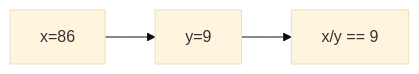
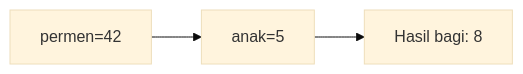
Before and after one commit to amnahwaida/OSNK_INF_PREP: the tenth of 25 diagrams in part-c-pemahaman-cpp/01-tipe-data/latihan/set-07.md, drawn with Mermaid (base theme). The commit also changed other lines of this file and 71 other files, not shown here.

````diff
--- a/part-c-pemahaman-cpp/01-tipe-data/latihan/set-07.md
+++ b/part-c-pemahaman-cpp/01-tipe-data/latihan/set-07.md
@@ -265,5 +280,5 @@
 ```mermaid
 graph LR
-A["x=86"] --> B["y=9"]
-B --> C["x/y == 9"]
+A["permen=42"] --> B["anak=5"]
+B --> C["Hasil bagi: 8"]
 ```
````
